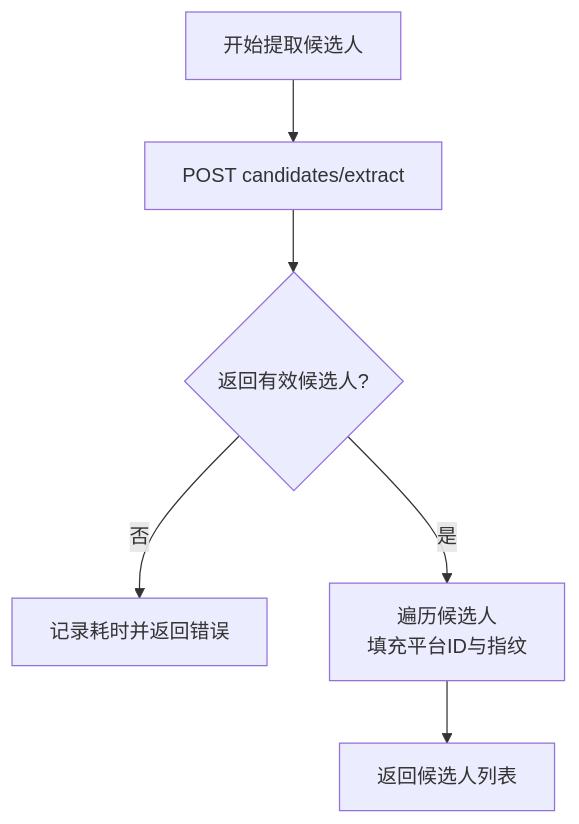
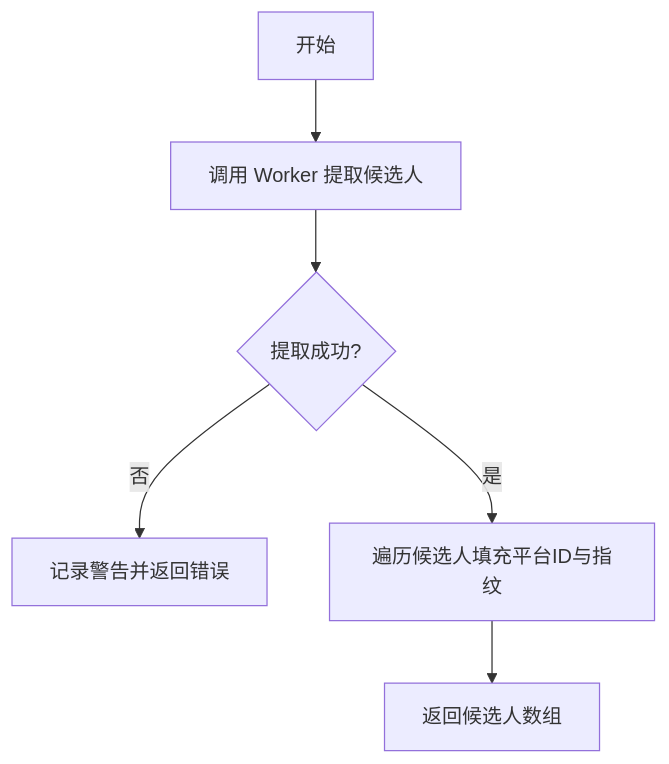
One commit to alvinwangzi/goodhr changed the fifth of 8 diagrams in .qoder/repowiki/zh/content/本地执行器/平台适配器/智联招聘适配器/智联招聘适配器.md. Above: the diagram before and after it, drawn with Mermaid. The commit also changed other lines of this file and 149 other files, not shown here.

````diff
--- a/.qoder/repowiki/zh/content/本地执行器/平台适配器/智联招聘适配器/智联招聘适配器.md
+++ b/.qoder/repowiki/zh/content/本地执行器/平台适配器/智联招聘适配器/智联招聘适配器.md
@@ -189,8 +227,8 @@
 ```mermaid
 flowchart TD
-A["开始提取候选人"] --> B["POST candidates/extract"]
-B --> C{"返回有效候选人?"}
-C --> |否| E["记录耗时并返回错误"]
-C --> |是| D["遍历候选人<br/>填充平台ID与指纹"]
-D --> F["返回候选人列表"]
+A["开始"] --> B["调用 Worker 提取候选人"]
+B --> C{"提取成功?"}
+C --> |否| D["记录警告并返回错误"]
+C --> |是| E["遍历候选人填充平台ID与指纹"]
+E --> F["返回候选人数组"]
 ```
````
